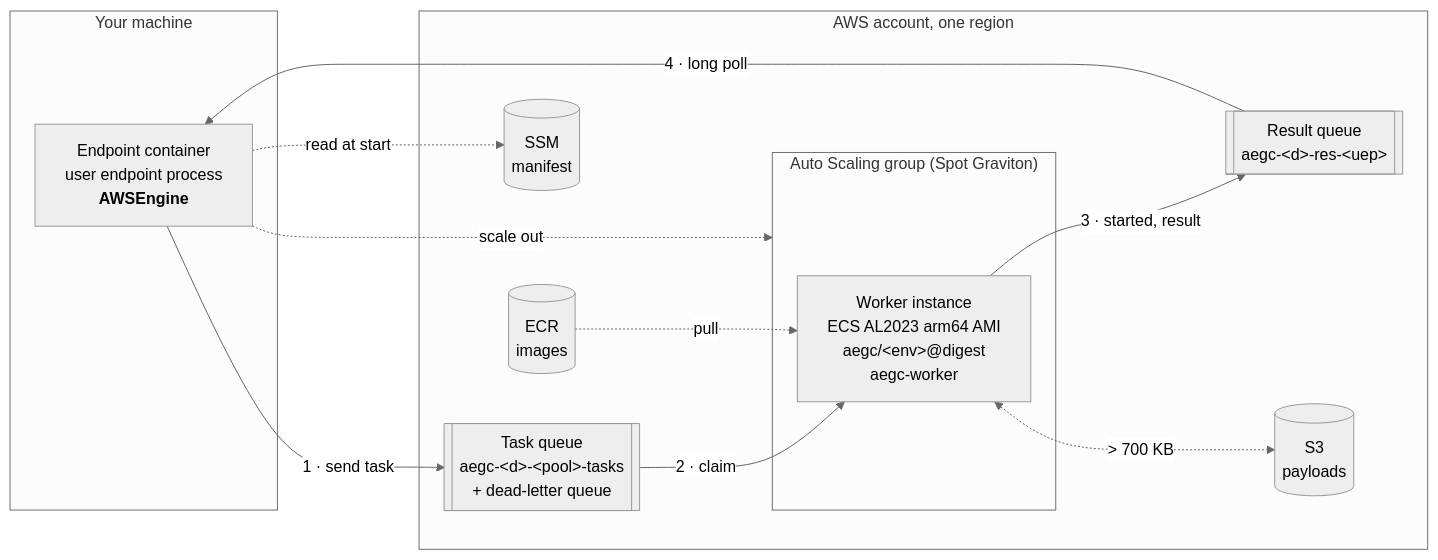
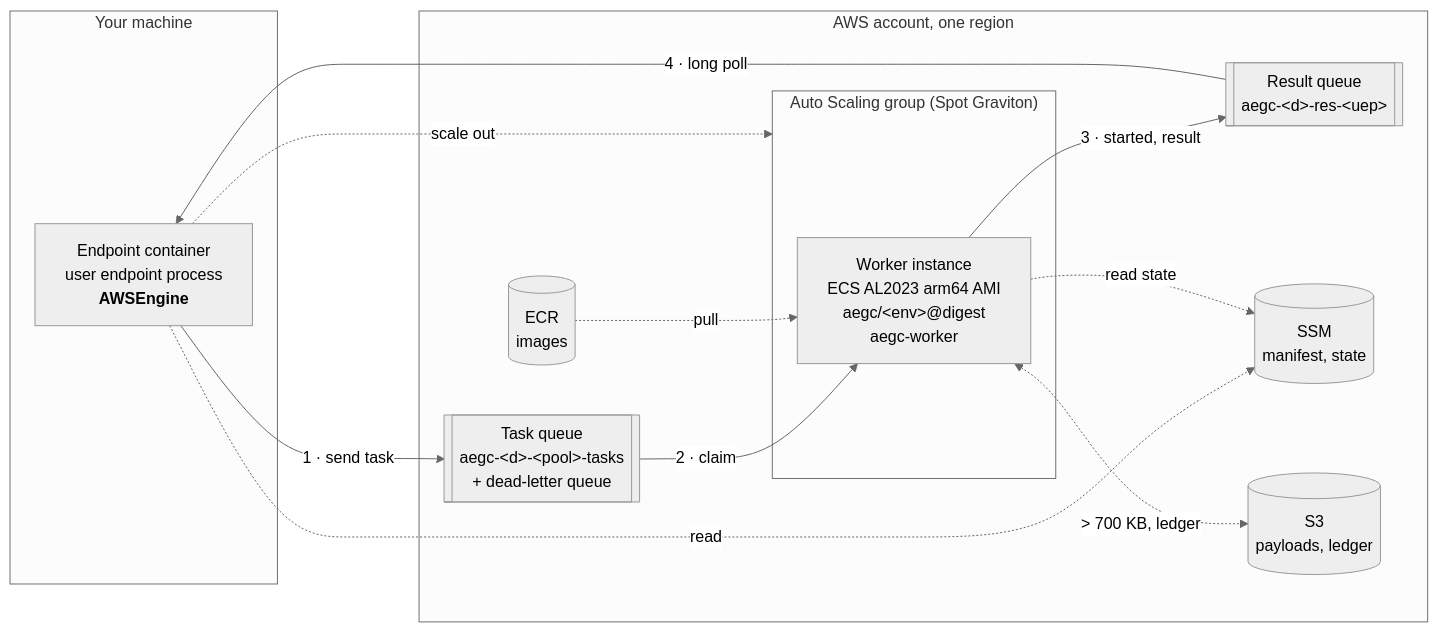
The first of 3 diagrams in docs/concepts/architecture.md (scttfrdmn/aws-elastic-globus-compute), drawn with Mermaid (neutral theme) before and after one commit. The commit also changed other lines of this file and 17 other files, not shown here.

````diff
--- a/docs/concepts/architecture.md
+++ b/docs/concepts/architecture.md
@@ -3,24 +3,25 @@
 ```mermaid
 flowchart LR
     subgraph laptop["Your machine"]
         engine["Endpoint container<br/>user endpoint process<br/><b>AWSEngine</b>"]
     end
     subgraph aws["AWS account, one region"]
         tq[["Task queue<br/>aegc-&lt;d&gt;-&lt;pool&gt;-tasks<br/>+ dead-letter queue"]]
         subgraph asg["Auto Scaling group (Spot Graviton)"]
             w1["Worker instance<br/>ECS AL2023 arm64 AMI<br/>aegc/&lt;env&gt;@digest<br/>aegc-worker"]
         end
         rq[["Result queue<br/>aegc-&lt;d&gt;-res-&lt;uep&gt;"]]
-        ssm[("SSM<br/>manifest")]
-        s3[("S3<br/>payloads")]
+        ssm[("SSM<br/>manifest, state")]
+        s3[("S3<br/>payloads, ledger")]
         ecr[("ECR<br/>images")]
     end
     engine -- "1 · send task" --> tq
     tq -- "2 · claim" --> w1
     w1 -- "3 · started, result" --> rq
     rq -- "4 · long poll" --> engine
     engine -. "scale out" .-> asg
-    engine -. "read at start" .-> ssm
-    w1 <-. "> 700 KB" .-> s3
+    engine -. "read" .-> ssm
+    w1 -. "read state" .-> ssm
+    w1 <-. "> 700 KB, ledger" .-> s3
     ecr -. "pull" .-> w1
 ```
````
